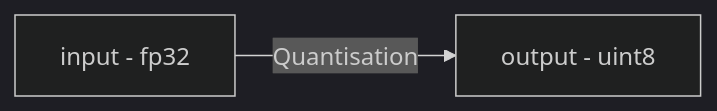
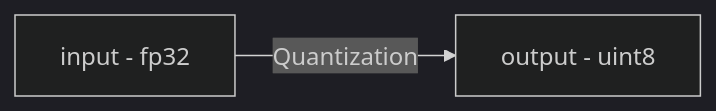
The first of 6 diagrams in README.md (CharanSaiVaddi23/LLM-Finetuning), drawn with Mermaid (dark theme) before and after one commit. The commit also changed other lines of this file, not shown here.

````diff
--- a/README.md
+++ b/README.md
@@ -18,4 +18,4 @@
 ```mermaid
 graph LR
-fp32[input - fp32] -- Quantisation --> uint8[output - uint8]
+fp32[input - fp32] -- Quantization --> uint8[output - uint8]
 ```
````
